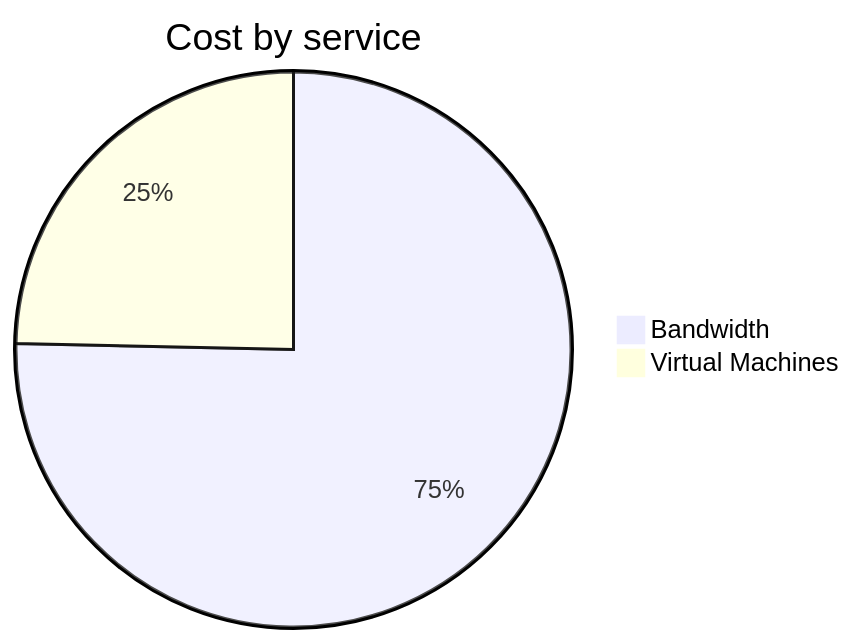
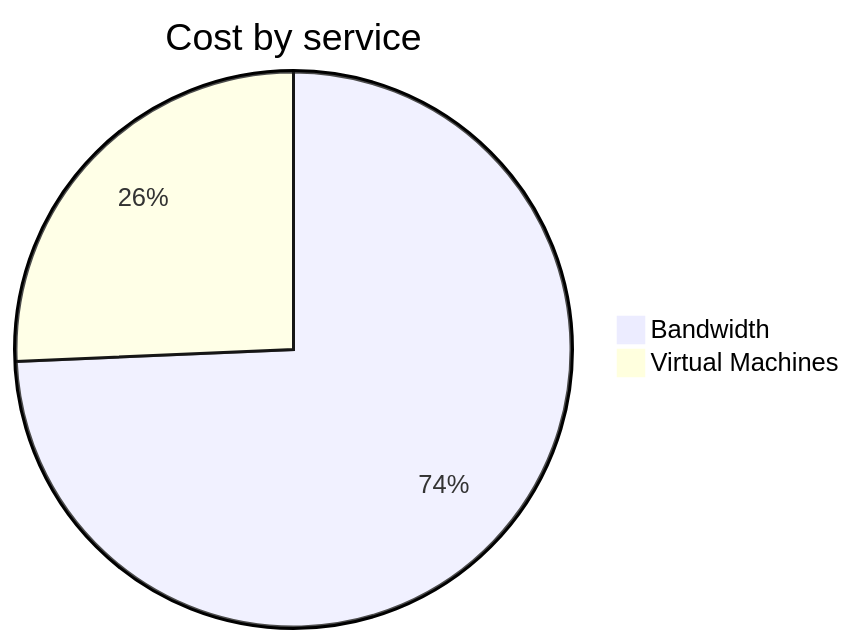
One commit to jpfulton/azure-personal-reports changed the second of 4 diagrams in cost-reports/personal-network/vpn-server.md. Above: the diagram before and after it, drawn with Mermaid. The commit also changed other lines of this file and 8 other files, not shown here.

````diff
--- a/cost-reports/personal-network/vpn-server.md
+++ b/cost-reports/personal-network/vpn-server.md
@@ -92,6 +92,6 @@
 ```mermaid
 pie
    title Cost by service
    "Bandwidth" : 8.16
-   "Virtual Machines" : 2.67
+   "Virtual Machines" : 2.82
 ```
````
